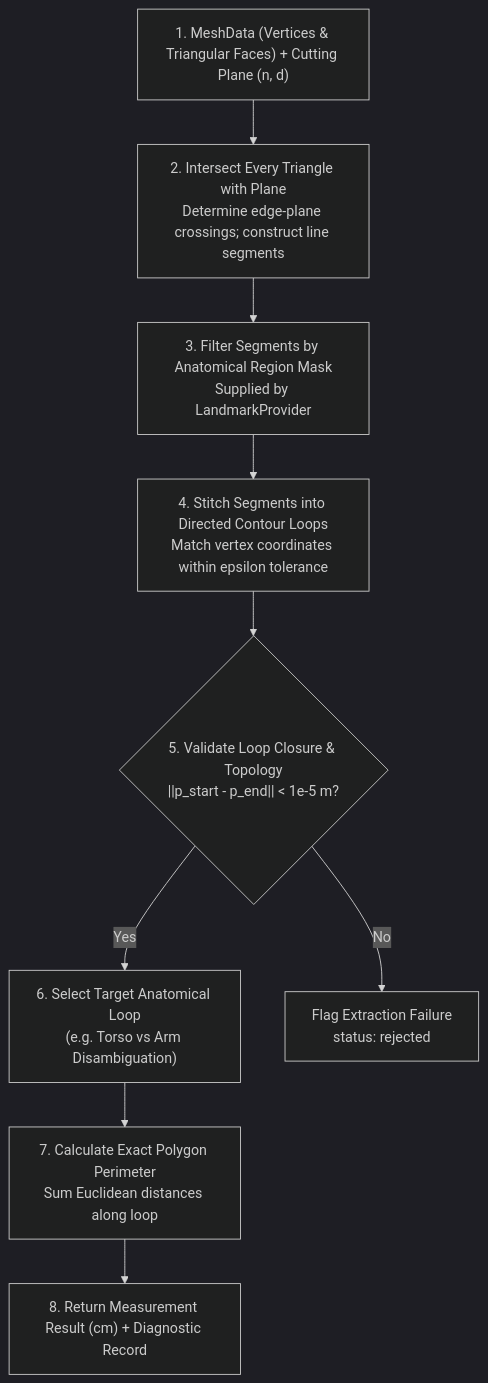
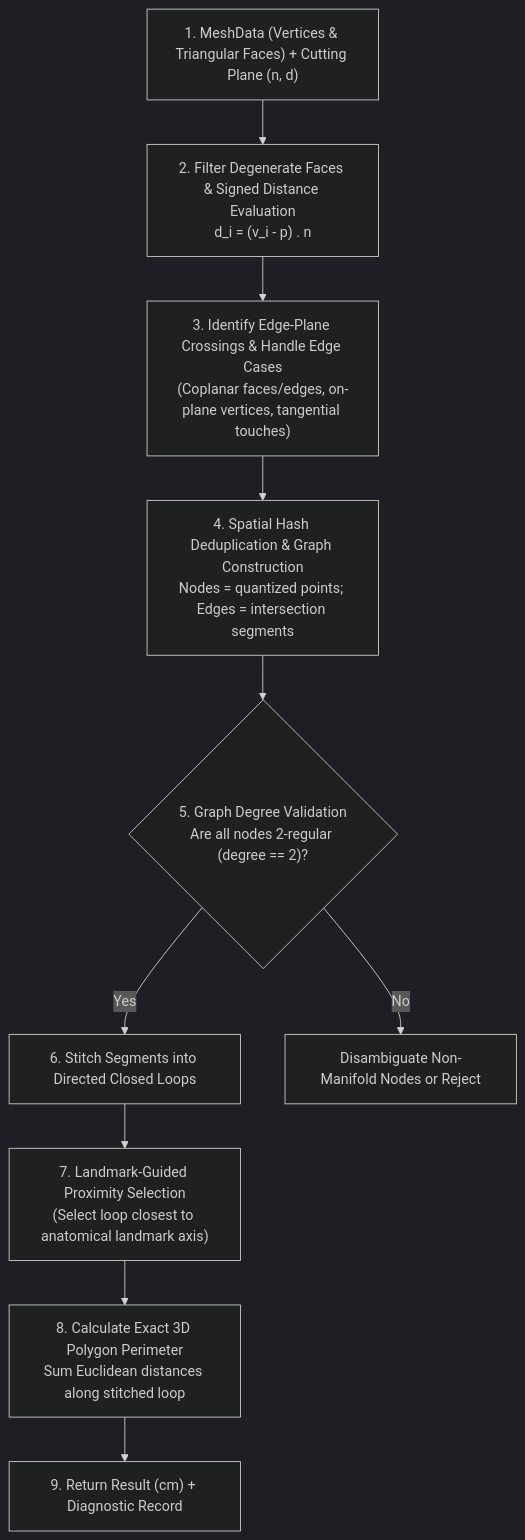
One commit to SnehaSwarnkar/WearWise changed the diagram in WEARWISE-BODY-ENGINE/docs/architecture/ANTHROPOMETRY_SPECIFICATION.md. Above: the diagram before and after it, drawn with Mermaid (dark theme). The commit also changed other lines of this file, not shown here.

Commit message:
docs(anthropometry): update ANTHROPOMETRY_SPECIFICATION.md with exact mesh-plane graph intersection (Rev 1.2)

````diff
--- a/WEARWISE-BODY-ENGINE/docs/architecture/ANTHROPOMETRY_SPECIFICATION.md
+++ b/WEARWISE-BODY-ENGINE/docs/architecture/ANTHROPOMETRY_SPECIFICATION.md
@@ -50,12 +51,13 @@
 ```mermaid
 flowchart TD
-    MeshInput["1. MeshData (Vertices & Triangular Faces) + Cutting Plane (n, d)"] --> Intersect
-    Intersect["2. Intersect Every Triangle with Plane<br>Determine edge-plane crossings; construct line segments"] --> SegmentFilter
-    SegmentFilter["3. Filter Segments by Anatomical Region Mask<br>Supplied by LandmarkProvider"] --> Stitch
-    Stitch["4. Stitch Segments into Directed Contour Loops<br>Match vertex coordinates within epsilon tolerance"] --> Validate
-    Validate{"5. Validate Loop Closure & Topology<br>||p_start - p_end|| < 1e-5 m?"}
-    Validate -->|Yes| SelectLoop["6. Select Target Anatomical Loop<br>(e.g. Torso vs Arm Disambiguation)"]
-    Validate -->|No| Reject["Flag Extraction Failure<br>status: rejected"]
-    SelectLoop --> Calc["7. Calculate Exact Polygon Perimeter<br>Sum Euclidean distances along loop"]
-    Calc --> Output["8. Return Measurement Result (cm) + Diagnostic Record"]
+    MeshInput["1. MeshData (Vertices & Triangular Faces) + Cutting Plane (n, d)"] --> FaceFilter
+    FaceFilter["2. Filter Degenerate Faces & Signed Distance Evaluation<br>d_i = (v_i - p) . n"] --> EdgeCrossing
+    EdgeCrossing["3. Identify Edge-Plane Crossings & Handle Edge Cases<br>(Coplanar faces/edges, on-plane vertices, tangential touches)"] --> SegGraph
+    SegGraph["4. Spatial Hash Deduplication & Graph Construction<br>Nodes = quantized points; Edges = intersection segments"] --> DegCheck
+    DegCheck{"5. Graph Degree Validation<br>Are all nodes 2-regular (degree == 2)?"}
+    DegCheck -->|Yes| LoopStitch["6. Stitch Segments into Directed Closed Loops"]
+    DegCheck -->|No| ManifoldDisambig["Disambiguate Non-Manifold Nodes or Reject"]
+    LoopStitch --> LandmarkFilter["7. Landmark-Guided Proximity Selection<br>(Select loop closest to anatomical landmark axis)"]
+    LandmarkFilter --> CalcPerim["8. Calculate Exact 3D Polygon Perimeter<br>Sum Euclidean distances along stitched loop"]
+    CalcPerim --> Output["9. Return Result (cm) + Diagnostic Record"]
 ```
````
